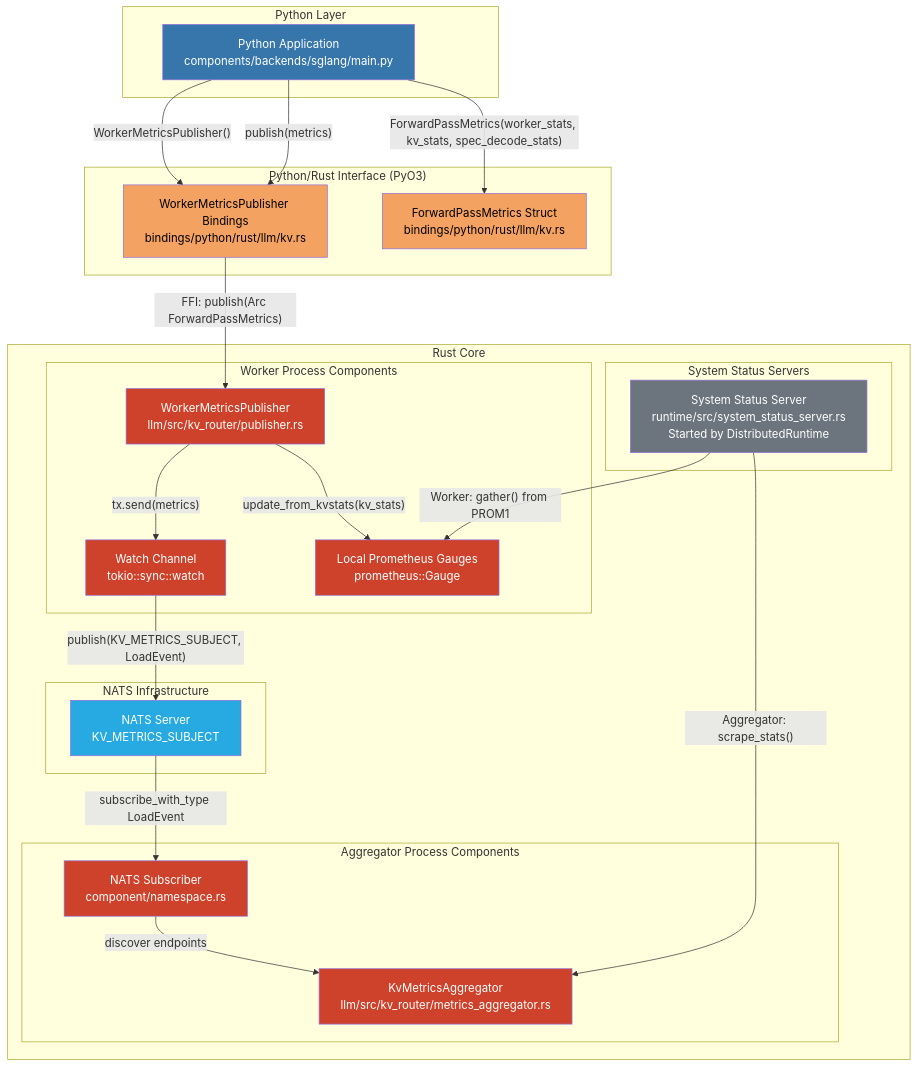
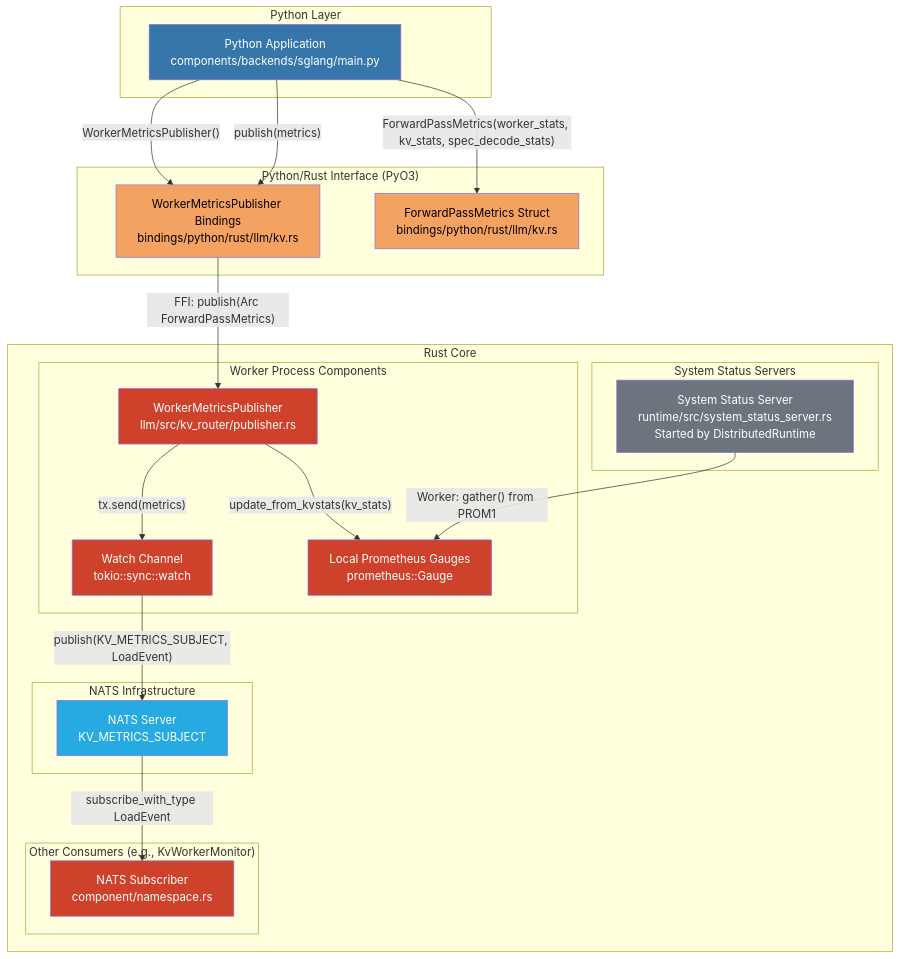
Before and after one commit to wxsms/dynamo: the first of 2 diagrams in lib/bindings/python/examples/metrics/README.md, drawn with Mermaid. The commit also changed 9 other files, not shown here.

````diff
--- a/lib/bindings/python/examples/metrics/README.md
+++ b/lib/bindings/python/examples/metrics/README.md
@@ -268,55 +268,51 @@
 ```mermaid
 graph TB
     subgraph "Python Layer"
         PY[Python Application<br/>components/backends/sglang/main.py]
         style PY fill:#3776ab,color:#fff
     end
 
     subgraph "Python/Rust Interface (PyO3)"
         WMPB[WorkerMetricsPublisher Bindings<br/>bindings/python/rust/llm/kv.rs]
         FPM[ForwardPassMetrics Struct<br/>bindings/python/rust/llm/kv.rs]
         style WMPB fill:#f4a261,color:#000
         style FPM fill:#f4a261,color:#000
     end
 
     subgraph "Rust Core"
         subgraph "Worker Process Components"
             WMP[WorkerMetricsPublisher<br/>llm/src/kv_router/publisher.rs]
             WATCH[Watch Channel<br/>tokio::sync::watch]
             PROM1[Local Prometheus Gauges<br/>prometheus::Gauge]
         end
 
         subgraph "NATS Infrastructure"
             NATS[NATS Server<br/>KV_METRICS_SUBJECT]
         end
 
-        subgraph "Aggregator Process Components"
-            AGG[KvMetricsAggregator<br/>llm/src/kv_router/metrics_aggregator.rs]
+        subgraph "Other Consumers (e.g., KvWorkerMonitor)"
             SUB[NATS Subscriber<br/>component/namespace.rs]
         end
 
         subgraph "System Status Servers"
             SS[System Status Server<br/>runtime/src/system_status_server.rs<br/>Started by DistributedRuntime]
         end
 
         style WMP fill:#ce422b,color:#fff
         style WATCH fill:#ce422b,color:#fff
         style PROM1 fill:#ce422b,color:#fff
         style NATS fill:#27aae1,color:#fff
-        style AGG fill:#ce422b,color:#fff
         style SUB fill:#ce422b,color:#fff
         style SS fill:#6c757d,color:#fff
     end
 
     PY -->|"WorkerMetricsPublisher()"| WMPB
     PY -->|"ForwardPassMetrics(worker_stats, kv_stats, spec_decode_stats)"| FPM
     PY -->|"publish(metrics)"| WMPB
     WMPB -->|"FFI: publish(Arc ForwardPassMetrics)"| WMP
     WMP -->|"update_from_kvstats(kv_stats)"| PROM1
     WMP -->|"tx.send(metrics)"| WATCH
     WATCH -->|"publish(KV_METRICS_SUBJECT, LoadEvent)"| NATS
     NATS -->|"subscribe_with_type LoadEvent"| SUB
-    SUB -->|"discover endpoints"| AGG
     SS -->|"Worker: gather() from PROM1"| PROM1
-    SS -->|"Aggregator: scrape_stats()"| AGG
 ```
````
